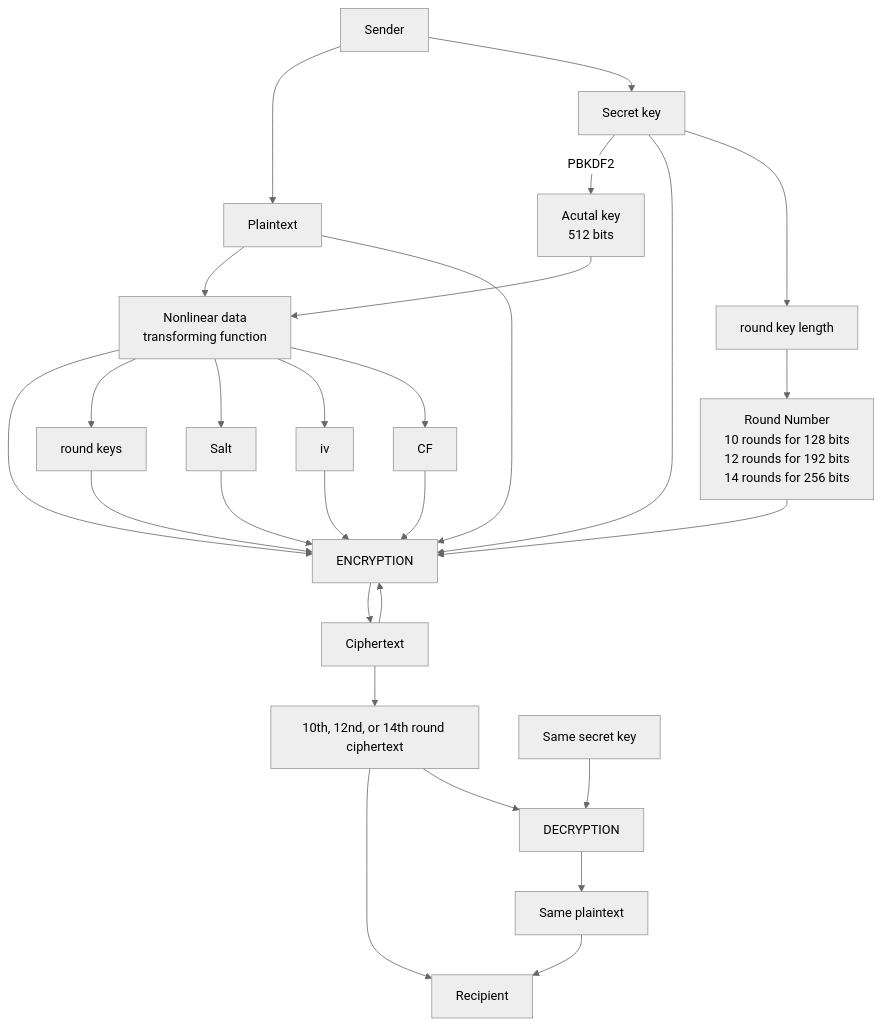
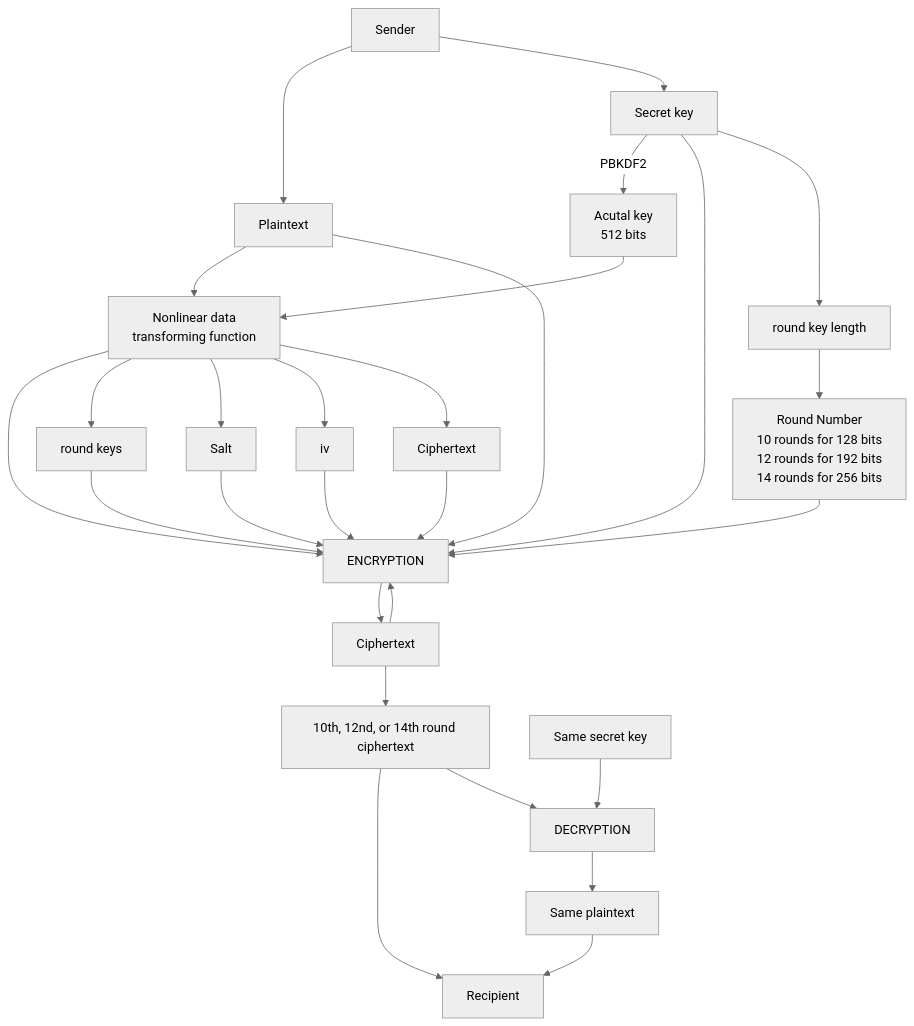
One commit to Kietpawpan/encryption changed the diagram in README.md. Above: the diagram before and after it, drawn with Mermaid (neutral theme).

````diff
--- a/README.md
+++ b/README.md
@@ -5,17 +5,17 @@
 ```mermaid
 flowchart TD
     A[Sender] --> B[Plaintext]-->FC
     C[Secret key]--PBKDF2-->AK[Acutal key\n512 bits]-->FC-->D[ENCRYPTION]-->E[Ciphertext]-->D
     E-->FN[10th, 12nd, or 14th round ciphertext]-->F[Recipient]
     C2[Same secret key]-->G[DECRYPTION]-->I[Same plaintext]-->F
      FN-->G
 A-->C-->D
 RK[round keys]-->D
 C-->RKL[round key length]-->RN[Round Number\n10 rounds for 128 bits\n12 rounds for 192 bits\n14 rounds for 256 bits]-->D
 FC[Nonlinear data \ntransforming function]
 FC-->RK
 B-->D
 FC-->SL[Salt]-->D
 FC-->iv[iv]-->D
-FC-->Cipher[CF]-->D
+FC-->CFT[Ciphertext]-->D
 ```
````
